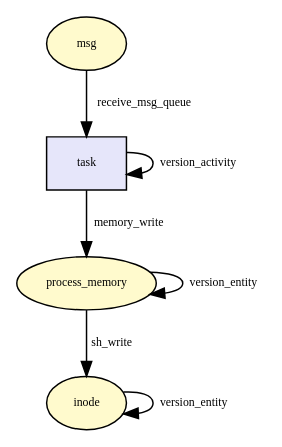
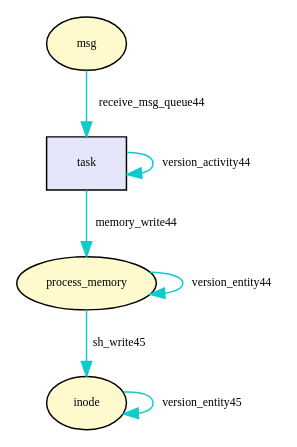
One commit to TinkerBellSystem/graph-matching changed the diagram in tmp/__mq_msgrcv.dot. Above: the diagram before and after it, drawn with Graphviz. The commit also changed 64 other files, not shown here.

Commit message:
drawing graph. not great

```diff
--- a/tmp/__mq_msgrcv.dot
+++ b/tmp/__mq_msgrcv.dot
@@ -1,21 +1,21 @@
-digraph RGL__DirectedAdjacencyGraph {msg[fontsize = 8,label = "msg",shape = ellipse, fillcolor="#fffacd", style = filled]
+digraph RGL__DirectedAdjacencyGraph {task[fontsize = 8,label = "task",shape = rectangle, fillcolor="#e6e6fa", style = filled]
 
-task[fontsize = 8,label = "task",shape = rectangle, fillcolor="#e6e6fa", style = filled]
+task -> task[fontsize = 8,label = "version_activity44", color="#0ecbcc"]
 
-msg -> task[fontsize = 8,label = "receive_msg_queue"]
+msg[fontsize = 8,label = "msg",shape = ellipse, fillcolor="#fffacd", style = filled]
+
+msg -> task[fontsize = 8,label = "receive_msg_queue44", color="#0ecbcc"]
 
 process_memory[fontsize = 8,label = "process_memory",shape = ellipse, fillcolor="#fffacd", style = filled]
 
-task -> process_memory[fontsize = 8,label = "memory_write"]
+process_memory -> process_memory[fontsize = 8,label = "version_entity44", color="#0ecbcc"]
 
-task -> task[fontsize = 8,label = "version_activity"]
-
-process_memory -> process_memory[fontsize = 8,label = "version_entity"]
+task -> process_memory[fontsize = 8,label = "memory_write44", color="#0ecbcc"]
 
 inode[fontsize = 8,label = "inode",shape = ellipse, fillcolor="#fffacd", style = filled]
 
-process_memory -> inode[fontsize = 8,label = "sh_write"]
+inode -> inode[fontsize = 8,label = "version_entity45", color="#0ecbcc"]
 
-inode -> inode[fontsize = 8,label = "version_entity"]
+process_memory -> inode[fontsize = 8,label = "sh_write45", color="#0ecbcc"]
 
 }
```
